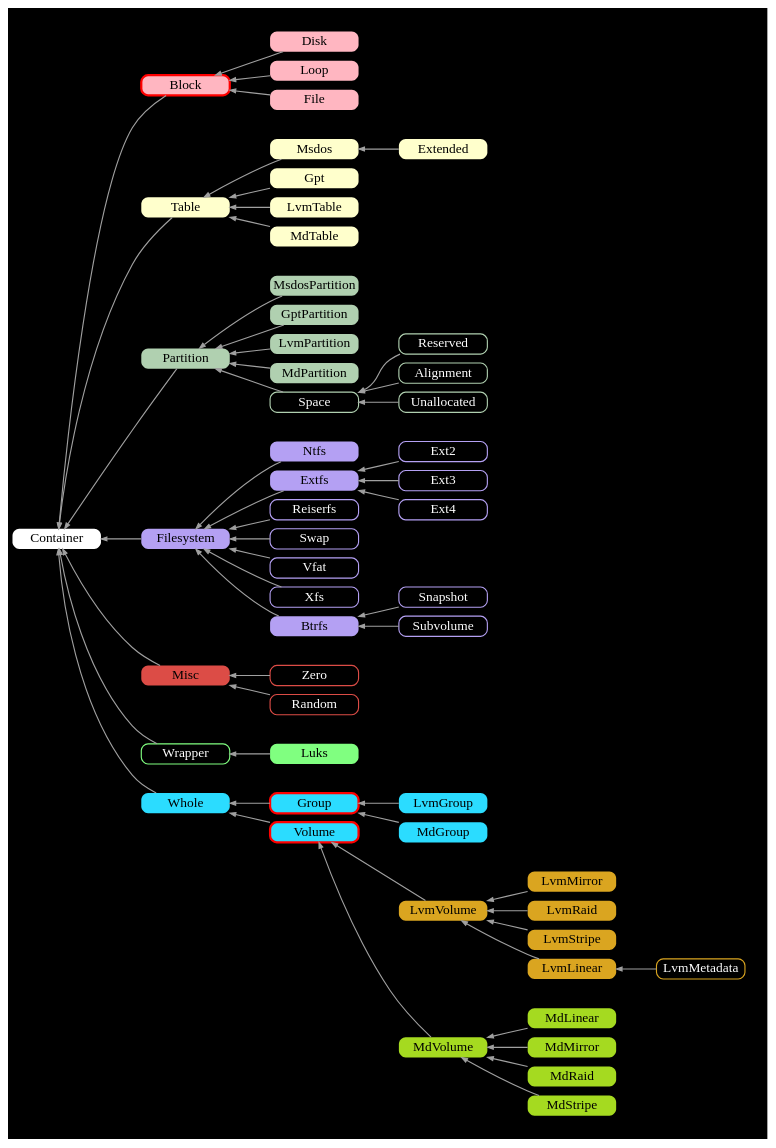
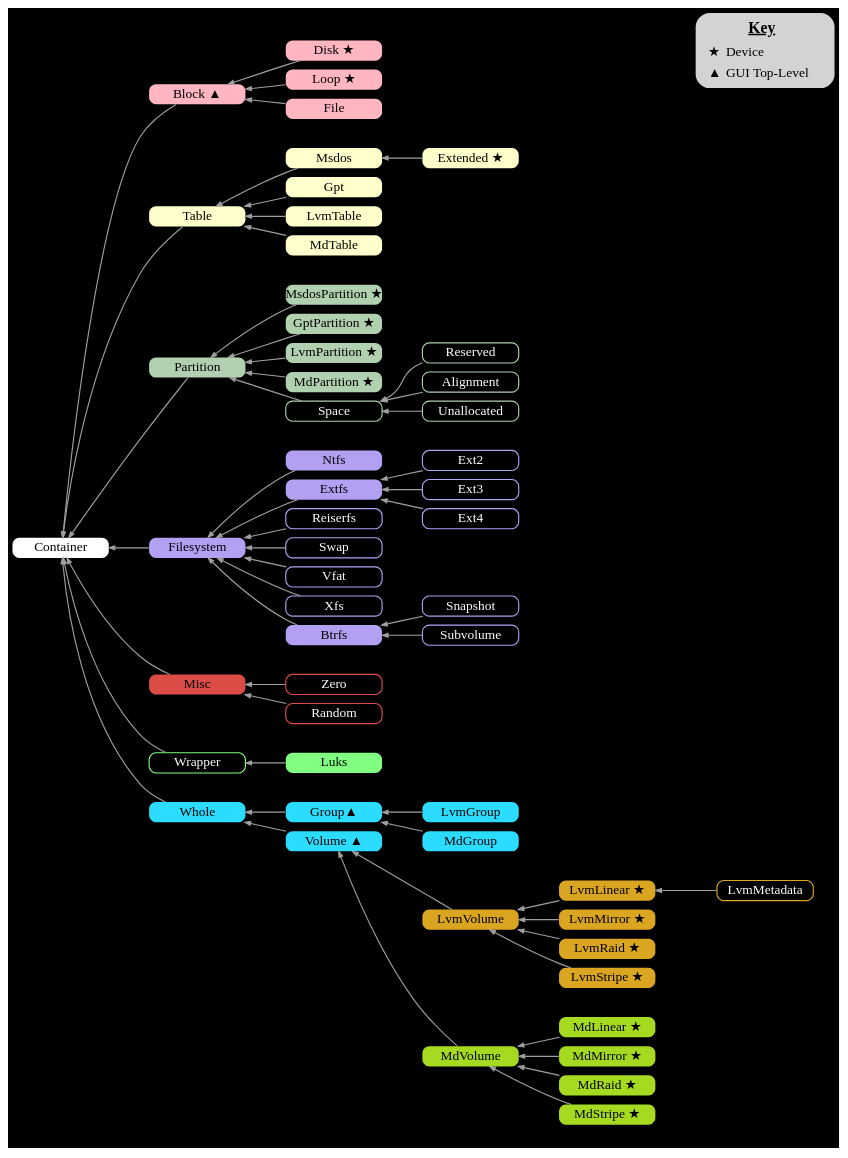
The diagram in gfx/class_dparted5.gv (flatcap/dparted), drawn with Graphviz before and after one commit.

Commit message:
key to devices

```diff
--- a/gfx/class_dparted5.gv
+++ b/gfx/class_dparted5.gv
@@ -2,98 +2,105 @@
 {
 	graph [
 		rankdir="RL"
-		bgcolor=black
-		color=white
-		nodesep=0.1
-		ranksep=0.5
+		bgcolor="black"
+		color="white"
+		nodesep="0.1"
+		ranksep="0.5"
 	];
 
 	node [
-		shape=Mrecord
-		fontsize=12
-		style=filled
-		width="1.1"
+		shape="Mrecord"
+		fontsize="12"
+		style="filled"
+		width="1.2"
 		height="0.25"
-		fixedsize=true
-		penwidth=0.0
+		fixedsize="true"
+		penwidth="0.0"
 	];
 
 	edge [
-		penwidth=1.0
+		penwidth="1.0"
 		color="#A0A0A0"
-		arrowsize=0.5
+		arrowsize="0.5"
 	];
 
-	Container      [ fillcolor="#FFFFFF" ];
+	Key [ fixedsize=false label=<
+	      <table border="0" cellspacing="0" cellpadding="3">
+		<tr><td colspan="2"><font point-size="14"><b><u>Key</u></b></font></td></tr>
+		<tr><td>★</td><td align="left">Device</td></tr>
+		<tr><td>▲</td><td align="left">GUI Top-Level</td></tr>
+	      </table> > ]
 
-	Block          [ fillcolor="#FFB6C1" penwidth=2 color=red ];
-	Disk           [ fillcolor="#FFB6C1" ];
-	Loop           [ fillcolor="#FFB6C1" ];
-	File           [ fillcolor="#FFB6C1" ];
+	Container      [ label="Container"        fillcolor="#FFFFFF" ];
+                                                
+	Block          [ label="Block ▲"          fillcolor="#FFB6C1" ];
+	Disk           [ label="Disk ★"           fillcolor="#FFB6C1" ];
+	Loop           [ label="Loop ★"           fillcolor="#FFB6C1" ];
+	File           [ label="File"             fillcolor="#FFB6C1" ];
+                                                
+	Table          [ label="Table"            fillcolor="#FFFFCC" ];
+	Msdos          [ label="Msdos"            fillcolor="#FFFFCC" ];
+	Extended       [ label="Extended ★"       fillcolor="#FFFFCC" ];
+	Gpt            [ label="Gpt"              fillcolor="#FFFFCC" ];
+	LvmTable       [ label="LvmTable"         fillcolor="#FFFFCC" ];
+	MdTable        [ label="MdTable"          fillcolor="#FFFFCC" ];
 
-	Table          [ fillcolor="#FFFFCC" ];
-	Msdos          [ fillcolor="#FFFFCC" ];
-	Extended       [ fillcolor="#FFFFCC" ];
-	Gpt            [ fillcolor="#FFFFCC" ];
-	LvmTable       [ fillcolor="#FFFFCC" ];
-	MdTable        [ fillcolor="#FFFFCC" ];
+	Partition      [ label="Partition"        fillcolor="#B0D0B0" ];
+	MsdosPartition [ label="MsdosPartition ★" fillcolor="#B0D0B0" ];
+	GptPartition   [ label="GptPartition ★"   fillcolor="#B0D0B0" ];
+	LvmPartition   [ label="LvmPartition ★"   fillcolor="#B0D0B0" ];
+	MdPartition    [ label="MdPartition ★"    fillcolor="#B0D0B0" ];
 
-	Partition      [ fillcolor="#B0D0B0" ];
-	MsdosPartition [ fillcolor="#B0D0B0" ];
-	GptPartition   [ fillcolor="#B0D0B0" ];
-	LvmPartition   [ fillcolor="#B0D0B0" ];
-	MdPartition    [ fillcolor="#B0D0B0" ];
+	Space          [ label="Space"            color    ="#B0D0B0" fontcolor=white style=solid penwidth=1 ];
+	Reserved       [ label="Reserved"         color    ="#B0D0B0" fontcolor=white style=solid penwidth=1 ];
+	Alignment      [ label="Alignment"        color    ="#B0D0B0" fontcolor=white style=solid penwidth=1 ];
+	Unallocated    [ label="Unallocated"      color    ="#B0D0B0" fontcolor=white style=solid penwidth=1 ];
+                                                
+	Filesystem     [ label="Filesystem"       fillcolor="#B4A0F3" ];
+	Extfs          [ label="Extfs"            fillcolor="#B4A0F3" ];
+	Btrfs          [ label="Btrfs"            fillcolor="#B4A0F3" ];
+	Ntfs           [ label="Ntfs"             fillcolor="#B4A0F3" ];
+                                                
+	Ext2           [ label="Ext2"             color    ="#B4A0F3" fontcolor=white style=solid penwidth=1 ];
+	Ext3           [ label="Ext3"             color    ="#B4A0F3" fontcolor=white style=solid penwidth=1 ];
+	Ext4           [ label="Ext4"             color    ="#B4A0F3" fontcolor=white style=solid penwidth=1 ];
+                                                
+	Reiserfs       [ label="Reiserfs"         color    ="#B4A0F3" fontcolor=white style=solid penwidth=1 ];
+	Swap           [ label="Swap"             color    ="#B4A0F3" fontcolor=white style=solid penwidth=1 ];
+	Vfat           [ label="Vfat"             color    ="#B4A0F3" fontcolor=white style=solid penwidth=1 ];
+	Xfs            [ label="Xfs"              color    ="#B4A0F3" fontcolor=white style=solid penwidth=1 ];
+                                                
+	BtrfsSnapshot  [ label="Snapshot"         color    ="#B4A0F3" fontcolor=white style=solid penwidth=1 ];
+	BtrfsSubvolume [ label="Subvolume"        color    ="#B4A0F3" fontcolor=white style=solid penwidth=1 ];
+                                                
+	Misc           [ label="Misc"             fillcolor="#DC4C46" ];
+                                                
+	Zero           [ label="Zero"             color    ="#DC4C46" fontcolor=white style=solid penwidth=1 ];
+	Random         [ label="Random"           color    ="#DC4C46" fontcolor=white style=solid penwidth=1 ];
+                                                
+	Wrapper        [ label="Wrapper"          color    ="#80FF80" fontcolor=white style=solid penwidth=1 ];
+                                                
+	Luks           [ label="Luks"             fillcolor="#80FF80" ];
+                                                
+	Volume         [ label="Volume ▲"         fillcolor="#2BDCFF" ];
+	Whole          [ label="Whole"            fillcolor="#2BDCFF" ];
+	Group          [ label="Group▲"           fillcolor="#2BDCFF" ];
+	LvmGroup       [ label="LvmGroup"         fillcolor="#2BDCFF" ];
+	MdGroup        [ label="MdGroup"          fillcolor="#2BDCFF" ];
+                                                
+	LvmLinear      [ label="LvmLinear ★"      fillcolor="#DAA520" ];
+	LvmMirror      [ label="LvmMirror ★"      fillcolor="#DAA520" ];
+	LvmRaid        [ label="LvmRaid ★"        fillcolor="#DAA520" ];
+	LvmStripe      [ label="LvmStripe ★"      fillcolor="#DAA520" ];
+	LvmVolume      [ label="LvmVolume"        fillcolor="#DAA520" ];
 
-	Space          [ color="#B0D0B0" fontcolor=white style=solid penwidth=1 ];
-	Reserved       [ color="#B0D0B0" fontcolor=white style=solid penwidth=1 ];
-	Alignment      [ color="#B0D0B0" fontcolor=white style=solid penwidth=1 ];
-	Unallocated    [ color="#B0D0B0" fontcolor=white style=solid penwidth=1 ];
+	LvmMetadata    [ label="LvmMetadata"      color    ="#DAA520" fontcolor=white style=solid penwidth=1 ];
 
-	Filesystem     [ fillcolor="#B4A0F3" ];
-	Extfs          [ fillcolor="#B4A0F3" ];
-	Btrfs          [ fillcolor="#B4A0F3" ];
-	Ntfs           [ fillcolor="#B4A0F3" ];
-
-	Ext2           [ color="#B4A0F3" fontcolor=white style=solid penwidth=1 ];
-	Ext3           [ color="#B4A0F3" fontcolor=white style=solid penwidth=1 ];
-	Ext4           [ color="#B4A0F3" fontcolor=white style=solid penwidth=1 ];
-
-	Reiserfs       [ color="#B4A0F3" fontcolor=white style=solid penwidth=1 ];
-	Swap           [ color="#B4A0F3" fontcolor=white style=solid penwidth=1 ];
-	Vfat           [ color="#B4A0F3" fontcolor=white style=solid penwidth=1 ];
-	Xfs            [ color="#B4A0F3" fontcolor=white style=solid penwidth=1 ];
-
-	BtrfsSnapshot  [ label="Snapshot"  color="#B4A0F3" fontcolor=white style=solid penwidth=1 ];
-	BtrfsSubvolume [ label="Subvolume" color="#B4A0F3" fontcolor=white style=solid penwidth=1 ];
-
-	Misc           [ fillcolor="#DC4C46" ];
-
-	Zero           [ color="#DC4C46" fontcolor=white style=solid penwidth=1 ];
-	Random         [ color="#DC4C46" fontcolor=white style=solid penwidth=1 ];
-
-	Wrapper        [ color="#80FF80" fontcolor=white style=solid penwidth=1 ];
-
-	Luks           [ fillcolor="#80FF80" ];
-
-	Volume         [ fillcolor="#2BDCFF" penwidth=2 color=red ];
-	Whole          [ fillcolor="#2BDCFF" ];
-	Group          [ fillcolor="#2BDCFF" penwidth=2 color=red ];
-	LvmGroup       [ fillcolor="#2BDCFF" ];
-	MdGroup        [ fillcolor="#2BDCFF" ];
-
-	LvmLinear      [ fillcolor="#DAA520" ];
-	LvmMirror      [ fillcolor="#DAA520" ];
-	LvmRaid        [ fillcolor="#DAA520" ];
-	LvmStripe      [ fillcolor="#DAA520" ];
-	LvmVolume      [ fillcolor="#DAA520" ];
-
-	LvmMetadata    [ color="#DAA520" fontcolor=white style=solid penwidth=1 ];
-
-	MdLinear       [ fillcolor="#A5DA20" ];
-	MdMirror       [ fillcolor="#A5DA20" ];
-	MdRaid         [ fillcolor="#A5DA20" ];
-	MdStripe       [ fillcolor="#A5DA20" ];
-	MdVolume       [ fillcolor="#A5DA20" ];
+	MdLinear       [ label="MdLinear ★"       fillcolor="#A5DA20" ];
+	MdMirror       [ label="MdMirror ★"       fillcolor="#A5DA20" ];
+	MdRaid         [ label="MdRaid ★"         fillcolor="#A5DA20" ];
+	MdStripe       [ label="MdStripe ★"       fillcolor="#A5DA20" ];
+	MdVolume       [ label="MdVolume"         fillcolor="#A5DA20" ];
 
 	Block      -> Container;
 	Filesystem -> Container;
@@ -107,7 +114,7 @@
 	MdVolume   -> Volume;
 
 	subgraph cluster_1 {
-		color = transparent;
+		color=transparent;
 
 		Extended             -> Msdos;
 
@@ -118,7 +125,7 @@
 	}
 
 	subgraph cluster_2 {
-		color = transparent;
+		color=transparent;
 
 		Btrfs                -> Filesystem;
 		Extfs                -> Filesystem;
@@ -137,14 +144,14 @@
 	}
 
 	subgraph cluster_3 {
-		color = transparent;
+		color=transparent;
 
 		Zero                 -> Misc;
 		Random               -> Misc;
 	}
 
 	subgraph cluster_4 {
-		color = transparent;
+		color=transparent;
 
 		MsdosPartition       -> Partition;
 		GptPartition         -> Partition;
@@ -159,7 +166,7 @@
 	}
 
 	subgraph cluster_5 {
-		color = transparent;
+		color=transparent;
 
 		LvmMetadata          -> LvmLinear;
 		LvmLinear            -> LvmVolume;
@@ -169,7 +176,7 @@
 	}
 
 	subgraph cluster_6 {
-		color = transparent;
+		color=transparent;
 
 		MdLinear             -> MdVolume;
 		MdMirror             -> MdVolume;
@@ -178,7 +185,7 @@
 	}
 
 	subgraph cluster_7 {
-		color = transparent;
+		color=transparent;
 
 		LvmGroup             -> Group;
 		MdGroup              -> Group;
@@ -187,16 +194,19 @@
 	}
 
 	subgraph cluster_8 {
-		color = transparent;
+		color=transparent;
 
 		Disk                 -> Block;
 		Loop                 -> Block;
 		File                 -> Block;
+		Key                  -> Disk [style=invis];
 	}
 
 	subgraph cluster_9 {
-		color = transparent;
+		color=transparent;
 
 		Luks                 -> Wrapper;
 	}
+
+	{ rank=same Key LvmMetadata }
 }
```
